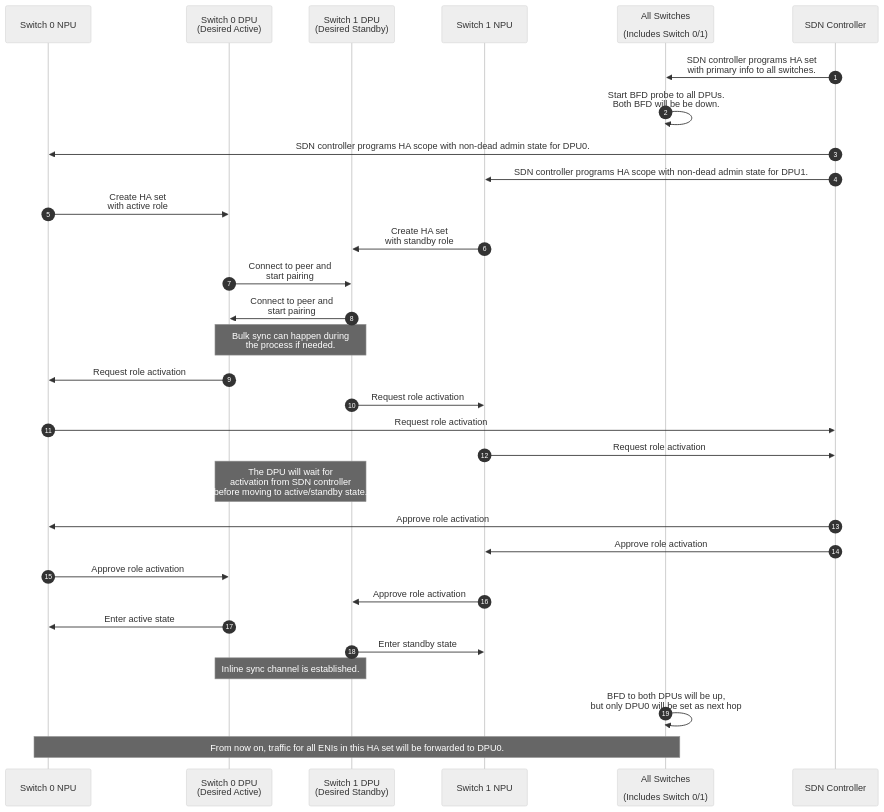
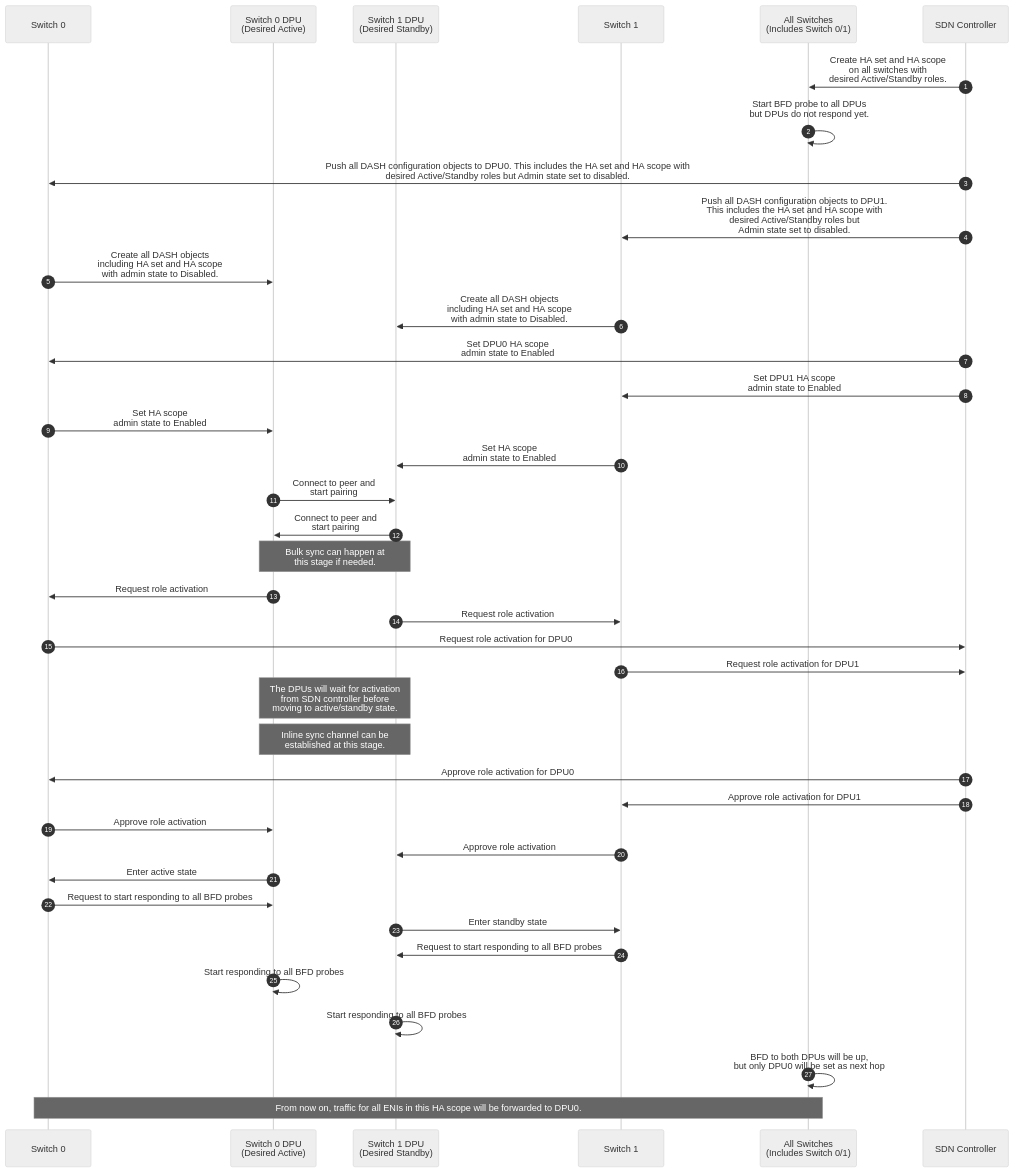
Before and after one commit to sonic-net/SONiC: the first of 3 diagrams in doc/smart-switch/high-availability/smart-switch-ha-dpu-scope-dpu-driven-setup.md, drawn with Mermaid (neutral theme). The commit also changed other lines of this file, not shown here.

Commit message:
Fix DPU scope HA ladder diagrams

````diff
--- a/doc/smart-switch/high-availability/smart-switch-ha-dpu-scope-dpu-driven-setup.md
+++ b/doc/smart-switch/high-availability/smart-switch-ha-dpu-scope-dpu-driven-setup.md
@@ -208,42 +208,49 @@
 ```mermaid
 sequenceDiagram
    autonumber
 
-   participant S0N as Switch 0 NPU
+   participant S0 as Switch 0
    participant S0D as Switch 0 DPU<br>(Desired Active)
    participant S1D as Switch 1 DPU<br>(Desired Standby)
-   participant S1N as Switch 1 NPU
-   participant SA as All Switches<br><br>(Includes Switch 0/1)
+   participant S1 as Switch 1
+   participant SA as All Switches<br>(Includes Switch 0/1)
    participant SDN as SDN Controller
 
-   SDN->>SA: SDN controller programs HA set<br>with primary info to all switches.
-   SA->>SA: Start BFD probe to all DPUs.<br>Both BFD will be be down.
+   SDN->>SA: Create HA set and HA scope<br>on all switches with<br>desired Active/Standby roles.
+   SA->>SA: Start BFD probe to all DPUs<br>but DPUs do not respond yet.<br>
+   SDN->>S0: Push all DASH configuration objects to DPU0. This includes the HA set and HA scope with<br>desired Active/Standby roles but Admin state set to disabled.
+   SDN->>S1: Push all DASH configuration objects to DPU1.<br>This includes the HA set and HA scope with<br>desired Active/Standby roles but<br>Admin state set to disabled.
+   S0->>S0D: Create all DASH objects<br>including HA set and HA scope<br>with admin state to Disabled.
+   S1->>S1D: Create all DASH objects<br>including HA set and HA scope<br>with admin state to Disabled.
 
-   SDN->>S0N: SDN controller programs HA scope with non-dead admin state for DPU0.
-   SDN->>S1N: SDN controller programs HA scope with non-dead admin state for DPU1.
-
-   S0N->>S0D: Create HA set<br>with active role
-   S1N->>S1D: Create HA set<br>with standby role
+   SDN->>S0: Set DPU0 HA scope<br>admin state to Enabled
+   SDN->>S1: Set DPU1 HA scope<br>admin state to Enabled
+   S0->>S0D: Set HA scope<br>admin state to Enabled
+   S1->>S1D: Set HA scope<br>admin state to Enabled
 
    S0D->>S1D: Connect to peer and<br>start pairing
    S1D->>S0D: Connect to peer and<br>start pairing
-   Note over S0D,S1D: Bulk sync can happen during<br>the process if needed.
+   Note over S0D,S1D: Bulk sync can happen at<br>this stage if needed.
 
-   S0D->>S0N: Request role activation
-   S1D->>S1N: Request role activation
-   S0N->>SDN: Request role activation
-   S1N->>SDN: Request role activation
-   Note over S0D,S1D: The DPU will wait for<br>activation from SDN controller<br>before moving to active/standby state.
+   S0D->>S0: Request role activation
+   S1D->>S1: Request role activation
+   S0->>SDN: Request role activation for DPU0
+   S1->>SDN: Request role activation for DPU1
+   Note over S0D,S1D: The DPUs will wait for activation<br>from SDN controller before<br>moving to active/standby state.
+   Note over S0D,S1D: Inline sync channel can be<br>established at this stage.
 
-   SDN->>S0N: Approve role activation
-   SDN->>S1N: Approve role activation
-   S0N->>S0D: Approve role activation
-   S1N->>S1D: Approve role activation
+   SDN->>S0: Approve role activation for DPU0
+   SDN->>S1: Approve role activation for DPU1
+   S0->>S0D: Approve role activation
+   S1->>S1D: Approve role activation
 
-   S0D->>S0N: Enter active state
-   S1D->>S1N: Enter standby state
-   Note over S0D,S1D: Inline sync channel is established.
+   S0D->>S0: Enter active state
+   S0->>S0D: Request to start responding to all BFD probes
+   S1D->>S1: Enter standby state
+   S1->>S1D: Request to start responding to all BFD probes
+   S0D->>S0D: Start responding to all BFD probes
+   S1D->>S1D: Start responding to all BFD probes
 
    SA->>SA: BFD to both DPUs will be up,<br>but only DPU0 will be set as next hop
-   Note over S0N,SA: From now on, traffic for all ENIs in this HA set will be forwarded to DPU0.
+   Note over S0,SA: From now on, traffic for all ENIs in this HA scope will be forwarded to DPU0.
 ```
````
